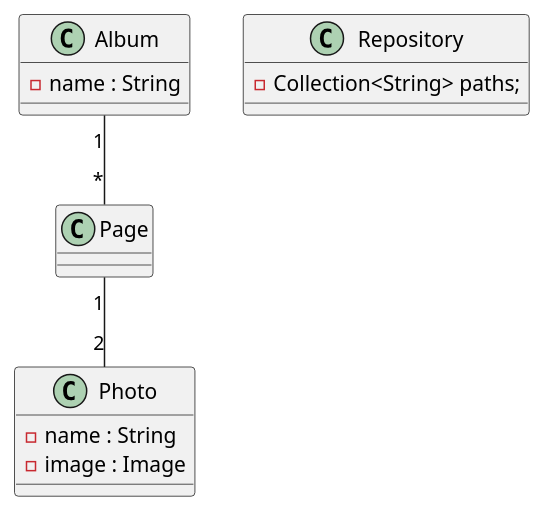
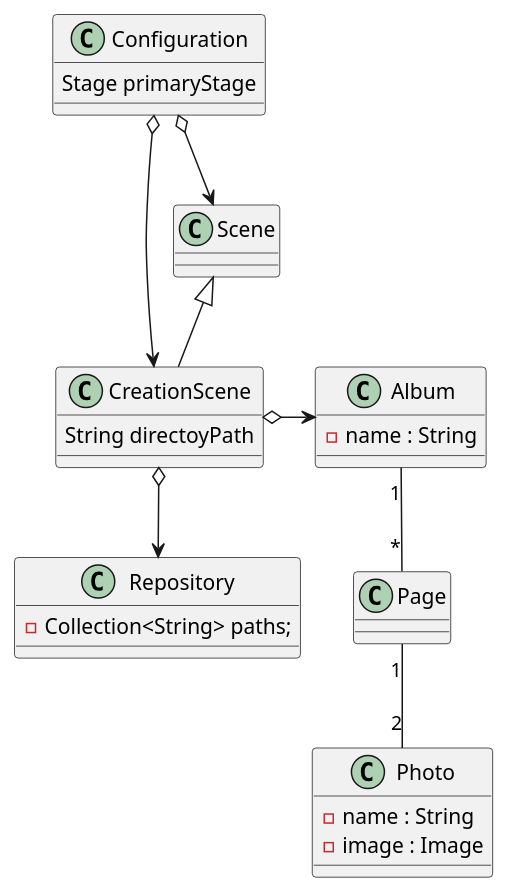
One commit to Drucka1/PhotoAlbum changed the diagram in src/main/resources/uml/classes.plantuml. Above: the diagram before and after it, drawn with PlantUML. The commit also changed 3 other files, not shown here.

```diff
--- a/src/main/resources/uml/classes.plantuml
+++ b/src/main/resources/uml/classes.plantuml
@@ -1,20 +1,36 @@
 @startuml ALBUM
 
 class Photo {
     - name : String 
     - image : Image
 }
 
 class Album {
     - name : String 
 }
 
 class Page 
 class Repository {
     - Collection<String> paths;
 }
 
 Album  "1" -- "*" Page
 Page "1" -- "2" Photo
 
+class Configuration {
+    Stage primaryStage
+}
+
+Configuration o--> CreationScene
+Configuration o--> Scene
+
+class Scene 
+
+class CreationScene extends Scene {
+    String directoyPath
+}
+
+CreationScene o-> Album
+CreationScene o--> Repository
+
 @enduml
```
